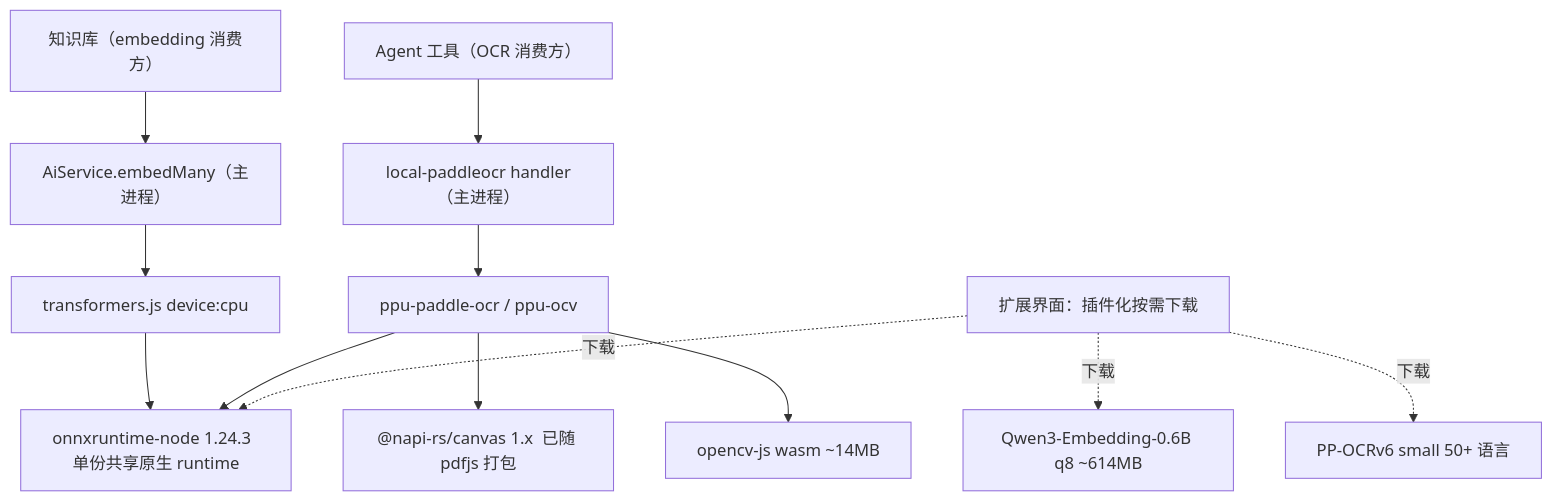
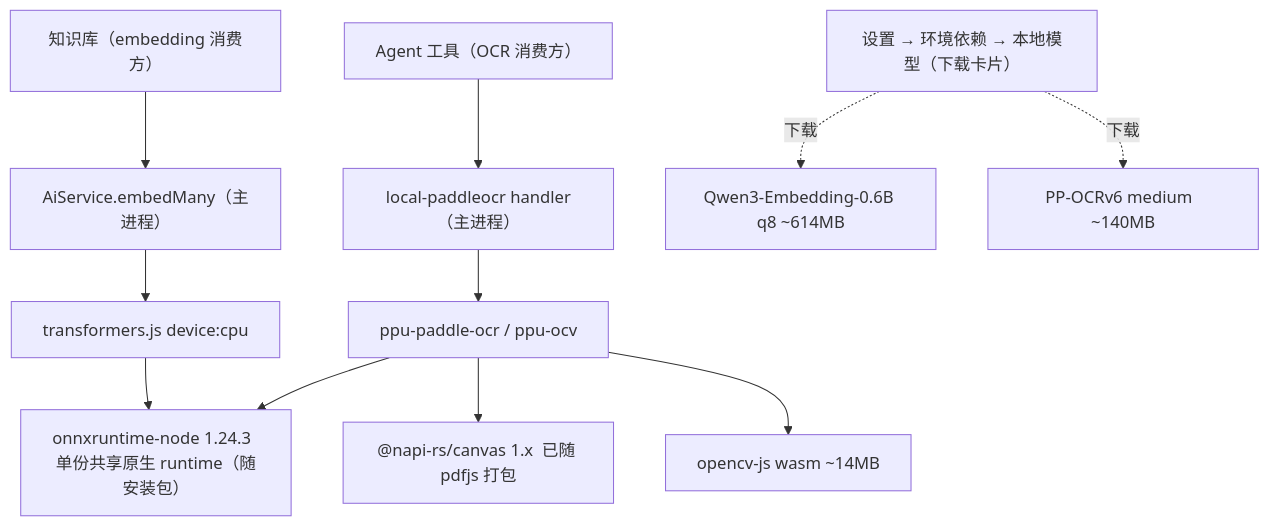
Before and after one commit to CherryHQ/cherry-studio: the diagram in v2-refactor-temp/docs/knowledge/rfc-local-embedding-and-ocr.zh-CN.md, drawn with Mermaid. The commit also changed other lines of this file, not shown here.

````diff
--- a/v2-refactor-temp/docs/knowledge/rfc-local-embedding-and-ocr.zh-CN.md
+++ b/v2-refactor-temp/docs/knowledge/rfc-local-embedding-and-ocr.zh-CN.md
@@ -43,22 +43,21 @@
 ```mermaid
 flowchart TD
   KB["知识库（embedding 消费方）"]
   AGT["Agent 工具（OCR 消费方）"]
   EMB["AiService.embedMany（主进程）"]
   OCRH["local-paddleocr handler（主进程）"]
   TJS["transformers.js  device:cpu"]
   PPU["ppu-paddle-ocr / ppu-ocv"]
-  ORT["onnxruntime-node 1.24.3  单份共享原生 runtime"]
+  ORT["onnxruntime-node 1.24.3  单份共享原生 runtime（随安装包）"]
   CV["@napi-rs/canvas 1.x  已随 pdfjs 打包"]
   OCV["opencv-js  wasm ~14MB"]
-  EXT["扩展界面：插件化按需下载"]
+  EXT["设置 → 环境依赖 → 本地模型（下载卡片）"]
   M1["Qwen3-Embedding-0.6B q8 ~614MB"]
-  M2["PP-OCRv6 small  50+ 语言"]
+  M2["PP-OCRv6 medium  ~140MB"]
   KB --> EMB --> TJS --> ORT
   AGT --> OCRH --> PPU --> ORT
   PPU --> CV
   PPU --> OCV
-  EXT -. 下载 .-> ORT
   EXT -. 下载 .-> M1
   EXT -. 下载 .-> M2
 ```
````
